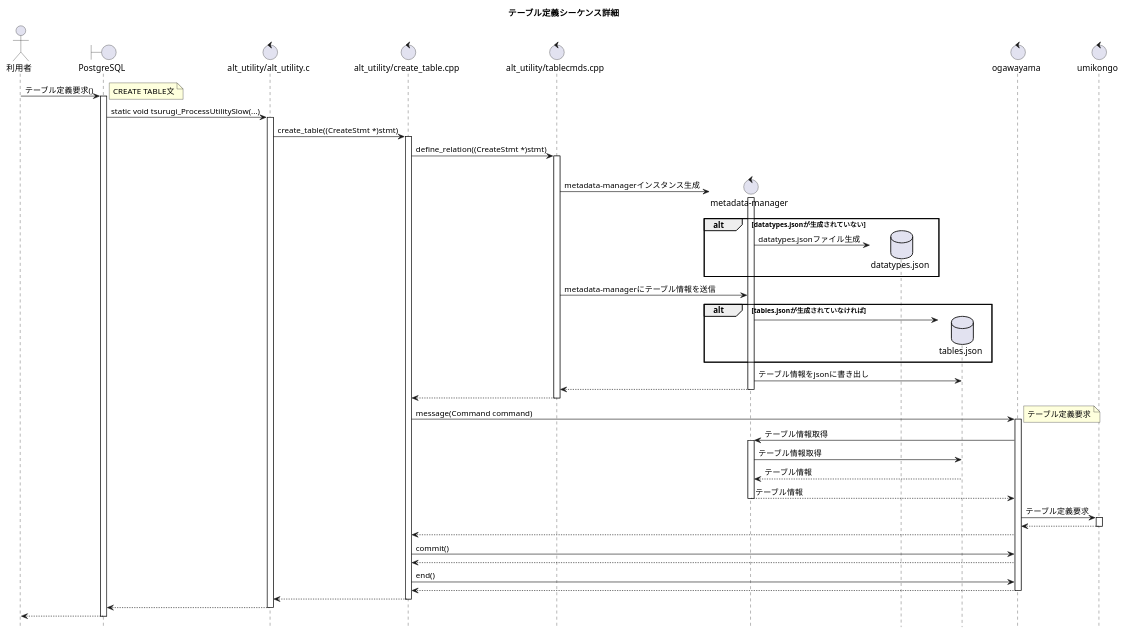
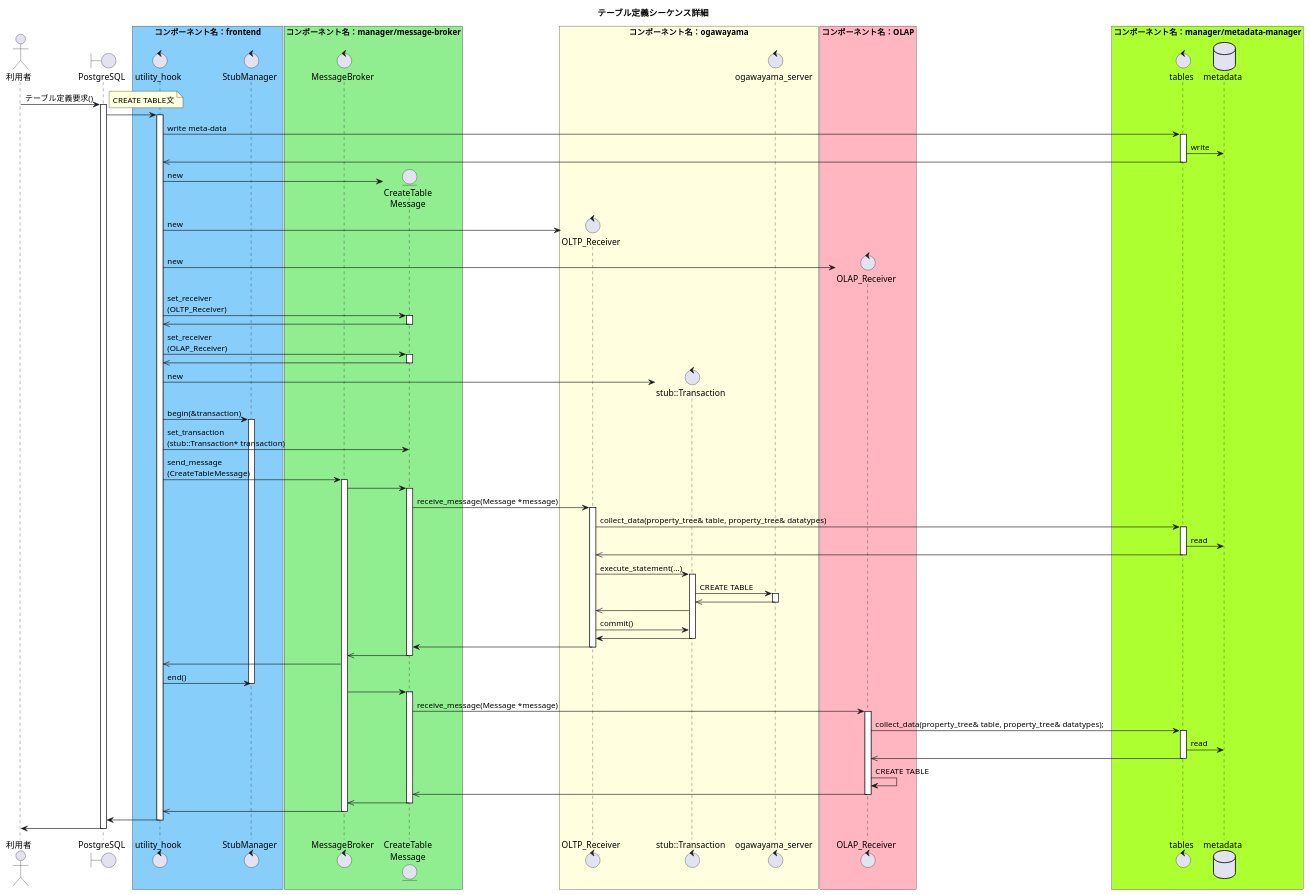
Before and after one commit to project-tsurugi/tsurugi_fdw: the diagram in docs/design/img/CREATE_TABLE_detail.pu, drawn with PlantUML. The commit also changed other lines of this file and 6 other files, not shown here.

```diff
--- a/docs/design/img/CREATE_TABLE_detail.pu
+++ b/docs/design/img/CREATE_TABLE_detail.pu
@@ -1,92 +5,125 @@
-@startuml
+@startuml テーブル定義シーケンス詳細
+
 title テーブル定義シーケンス詳細
-hide footbox
 
 actor 利用者
 boundary PostgreSQL
-control "alt_utility/alt_utility.c"
-control "alt_utility/create_table.cpp"
-control "alt_utility/tablecmds.cpp"
-control "metadata-manager"
-database datatypes.json
-database tables.json
-control ogawayama
-control umikongo
+
+box "コンポーネント名：frontend" #LightSkyBlue
+control utility_hook
+control StubManager
+end box
+
+box "コンポーネント名：manager/message-broker" #LightGreen
+control MessageBroker
+entity "CreateTable\nMessage" as concrete_message
+end box
+
+box "コンポーネント名：ogawayama" #LightYellow
+control "OLTP_Receiver" as oltp_receiver
+control "stub::Transaction" as tran
+control ogawayama_server
+end box
+
+box "コンポーネント名：OLAP" #LightPink
+control "OLAP_Receiver" as olap_receiver
+end box
+
+box "コンポーネント名：manager/metadata-manager" #GreenYellow
+control tables
+database metadata
+end box
 
 利用者 -> PostgreSQL : テーブル定義要求()
 activate PostgreSQL
 note right
 CREATE TABLE文
 end note
 
-PostgreSQL -> "alt_utility/alt_utility.c" : static void tsurugi_ProcessUtilitySlow(...)
-activate "alt_utility/alt_utility.c"
+PostgreSQL -> utility_hook
+activate utility_hook
+  ' write meta-data
+  utility_hook -> tables : write meta-data
+  activate tables
+    tables -> metadata : write
+    utility_hook <<- tables
+  deactivate tables
 
-"alt_utility/alt_utility.c" -> "alt_utility/create_table.cpp" : create_table((CreateStmt *)stmt)
-activate "alt_utility/create_table.cpp"
+  ' create objects
+  create concrete_message
+  utility_hook -> concrete_message : new
+  create oltp_receiver
+  utility_hook -> oltp_receiver : new
+  create olap_receiver
+  utility_hook -> olap_receiver : new
 
-"alt_utility/create_table.cpp" -> "alt_utility/tablecmds.cpp" : define_relation((CreateStmt *)stmt)
-activate "alt_utility/tablecmds.cpp"
+  ' set receiver
+  utility_hook -> concrete_message : set_receiver\n(OLTP_Receiver)
+  activate concrete_message
+    utility_hook <<- concrete_message
+  deactivate concrete_message
+  utility_hook -> concrete_message : set_receiver\n(OLAP_Receiver)
+  activate concrete_message
+    utility_hook <<- concrete_message
+  deactivate concrete_message
 
-create "metadata-manager"
+  ' begin transaction
+  create tran
+  utility_hook -> tran : new
+  utility_hook -> StubManager : begin(&transaction)
+  activate StubManager
+  utility_hook -> concrete_message : set_transaction\n(stub::Transaction* transaction)
 
-alt metadata-managerインスタンスが生成されていない
-"alt_utility/tablecmds.cpp" -> "metadata-manager" : metadata-managerインスタンス生成
-activate "metadata-manager"
+  ' send message to MessageBroker
+  utility_hook -> MessageBroker : send_message\n(CreateTableMessage)
+  activate MessageBroker
 
-alt datatypes.jsonが生成されていない
-    create datatypes.json
-    "metadata-manager" -> datatypes.json : datatypes.jsonファイル生成
-end
-
-"alt_utility/tablecmds.cpp" -> "metadata-manager" : metadata-managerにテーブル情報を送信
-
-alt tables.jsonが生成されていなければ
-    create tables.json
-    "metadata-manager" -> tables.json
-end
-"metadata-manager" -> tables.json : テーブル情報をjsonに書き出し
-"metadata-manager" --> "alt_utility/tablecmds.cpp"
-deactivate "metadata-manager"
-
-"alt_utility/tablecmds.cpp" --> "alt_utility/create_table.cpp"
-deactivate "alt_utility/tablecmds.cpp"
-
-"alt_utility/create_table.cpp" -> ogawayama : message(Command command)
-activate ogawayama
-note right
-テーブル定義要求
-end note
-
-ogawayama -> "metadata-manager" : テーブル情報取得
-activate "metadata-manager"
-
-"metadata-manager" -> tables.json : テーブル情報取得
-tables.json --> "metadata-manager" : テーブル情報
-"metadata-manager" --> ogawayama : テーブル情報
-deactivate "metadata-manager"
-
-ogawayama -> umikongo : テーブル定義要求
-activate umikongo
-umikongo --> ogawayama
-deactivate umikongo
-
-ogawayama --> "alt_utility/create_table.cpp"
-
-"alt_utility/create_table.cpp" -> ogawayama : commit()
-ogawayama --> "alt_utility/create_table.cpp"
-
-"alt_utility/create_table.cpp" -> ogawayama : end()
-ogawayama --> "alt_utility/create_table.cpp"
-deactivate ogawayama
-
-"alt_utility/create_table.cpp" --> "alt_utility/alt_utility.c"
-deactivate "alt_utility/create_table.cpp"
-
-"alt_utility/alt_utility.c" --> PostgreSQL
-deactivate "alt_utility/alt_utility.c"
-
-PostgreSQL --> 利用者
+  ' execute command
+  MessageBroker -> concrete_message
+  activate concrete_message
+    concrete_message -> oltp_receiver : receive_message(Message *message)
+    activate oltp_receiver
+      oltp_receiver -> tables : collect_data(property_tree& table, property_tree& datatypes)
+      activate tables
+        tables -> metadata : read
+        oltp_receiver <<-tables
+      deactivate tables
+      oltp_receiver -> tran : execute_statement(...)
+      activate tran
+        tran -> ogawayama_server : CREATE TABLE
+        activate ogawayama_server
+        tran <<- ogawayama_server
+        deactivate ogawayama_server
+        tran ->> oltp_receiver
+      oltp_receiver -> tran : commit()
+      tran -> oltp_receiver
+      deactivate tran
+      oltp_receiver -> concrete_message
+    deactivate oltp_receiver
+  MessageBroker <<- concrete_message
+  deactivate concrete_message
+  utility_hook <<- MessageBroker
+  utility_hook -> StubManager : end()
+  deactivate StubManager
+  MessageBroker -> concrete_message
+  activate concrete_message
+    concrete_message -> olap_receiver : receive_message(Message *message)
+    activate olap_receiver
+      olap_receiver -> tables : collect_data(property_tree& table, property_tree& datatypes);
+      activate tables
+        tables -> metadata : read
+        olap_receiver <<-tables
+      deactivate tables
+      olap_receiver -> olap_receiver : CREATE TABLE
+      concrete_message <<- olap_receiver
+    deactivate olap_receiver
+  MessageBroker <<- concrete_message
+  deactivate concrete_message
+  utility_hook <<- MessageBroker
+  deactivate MessageBroker
+utility_hook -> PostgreSQL
+deactivate utility_hook
+PostgreSQL -> 利用者
 deactivate PostgreSQL
 
 @enduml
```
